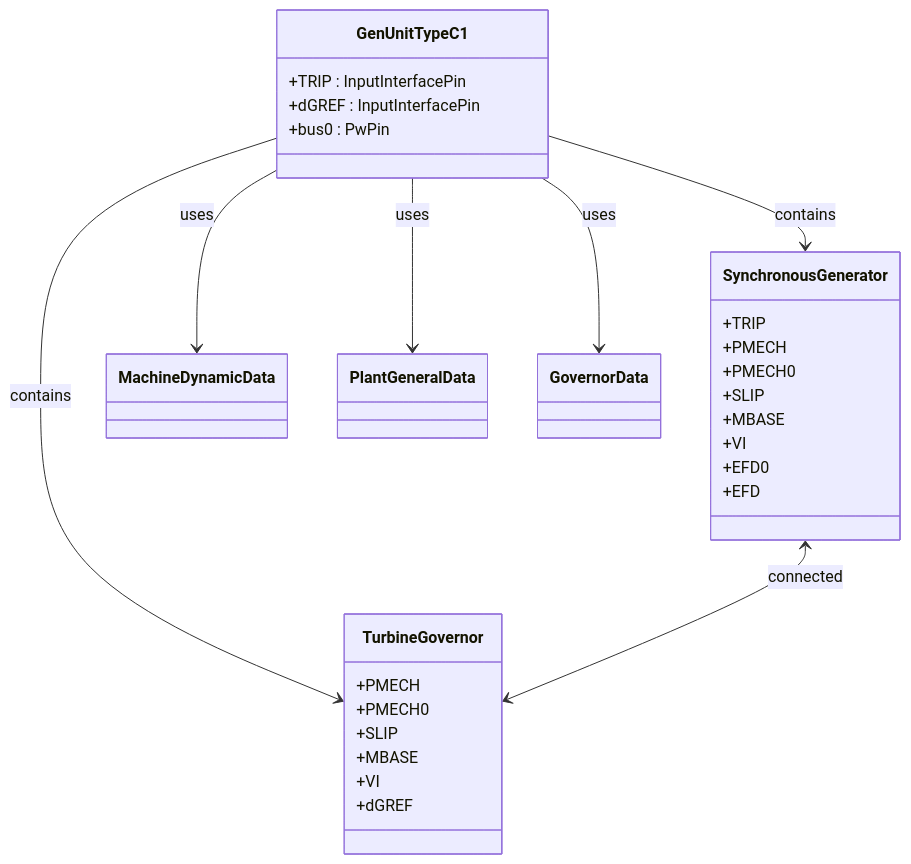
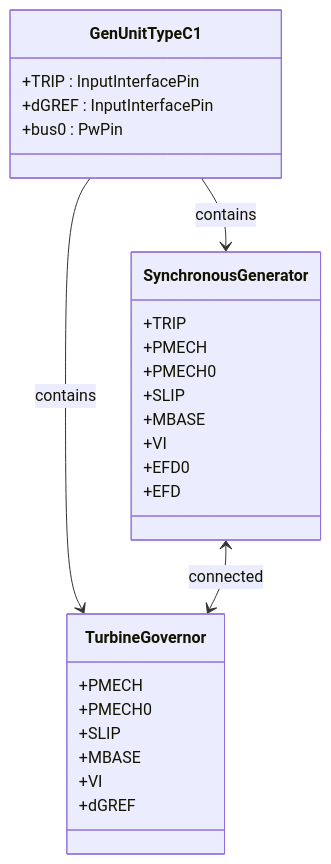
Before and after one commit to Opal-RT-Technologies/ephasorsim-modelica-library: the first of 4 diagrams in modelica/OpalRT/docs/TypeC.md, drawn with Mermaid. The commit also changed other lines of this file and 56 other files, not shown here.

````diff
--- a/modelica/OpalRT/docs/TypeC.md
+++ b/modelica/OpalRT/docs/TypeC.md
@@ -51,39 +46,32 @@
 ```mermaid
 classDiagram
     class GenUnitTypeC1 {
         +TRIP : InputInterfacePin
         +dGREF : InputInterfacePin
         +bus0 : PwPin
     }
 
     class SynchronousGenerator {
         +TRIP
         +PMECH
         +PMECH0
         +SLIP
         +MBASE
         +VI
         +EFD0
         +EFD
     }
 
     class TurbineGovernor {
         +PMECH
         +PMECH0
         +SLIP
         +MBASE
         +VI
         +dGREF
     }
 
-    class MachineDynamicData
-    class PlantGeneralData
-    class GovernorData
-
     GenUnitTypeC1 --> SynchronousGenerator : contains
     GenUnitTypeC1 --> TurbineGovernor : contains
-    GenUnitTypeC1 --> MachineDynamicData : uses
-    GenUnitTypeC1 --> PlantGeneralData : uses
-    GenUnitTypeC1 --> GovernorData : uses
     SynchronousGenerator <--> TurbineGovernor : connected
 ```
````
